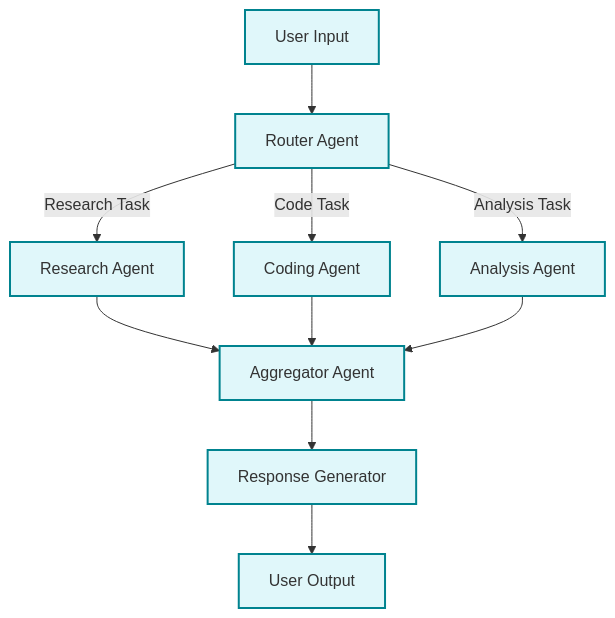
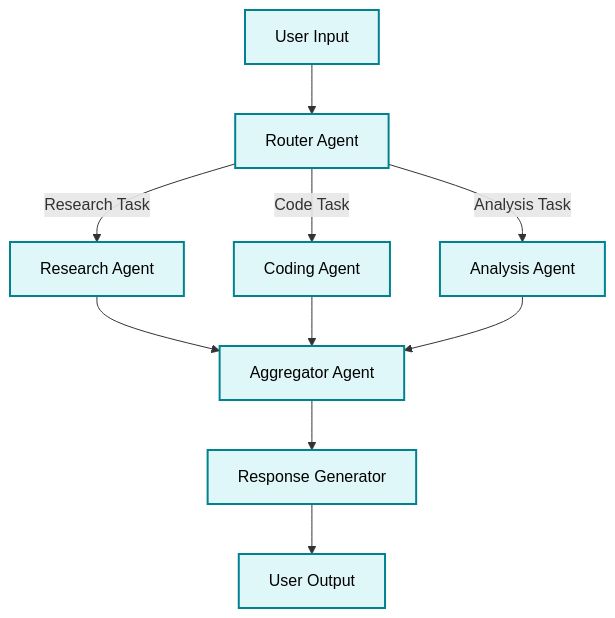
Before and after one commit to aitoroses/floxide: the ninth of 9 diagrams in README.md, drawn with Mermaid. The commit also changed other lines of this file, not shown here.

First line of the commit message:
🦀 Improve Mermaid Diagram Readability in README

````diff
--- a/README.md
+++ b/README.md
@@ -269,20 +269,20 @@
 ```mermaid
 graph TD
     A["User Input"] --> B["Router Agent"]
     B -->|Research Task| C["Research Agent"]
     B -->|Code Task| D["Coding Agent"]
     B -->|Analysis Task| E["Analysis Agent"]
     C --> F["Aggregator Agent"]
     D --> F
     E --> F
     F --> G["Response Generator"]
     G --> H["User Output"]
-    style A fill:#e0f7fa,stroke:#00838f,stroke-width:2px
-    style B fill:#e0f7fa,stroke:#00838f,stroke-width:2px
-    style C fill:#e0f7fa,stroke:#00838f,stroke-width:2px
-    style D fill:#e0f7fa,stroke:#00838f,stroke-width:2px
-    style E fill:#e0f7fa,stroke:#00838f,stroke-width:2px
-    style F fill:#e0f7fa,stroke:#00838f,stroke-width:2px
-    style G fill:#e0f7fa,stroke:#00838f,stroke-width:2px
-    style H fill:#e0f7fa,stroke:#00838f,stroke-width:2px
+    style A fill:#e0f7fa,stroke:#00838f,stroke-width:2px,color:black
+    style B fill:#e0f7fa,stroke:#00838f,stroke-width:2px,color:black
+    style C fill:#e0f7fa,stroke:#00838f,stroke-width:2px,color:black
+    style D fill:#e0f7fa,stroke:#00838f,stroke-width:2px,color:black
+    style E fill:#e0f7fa,stroke:#00838f,stroke-width:2px,color:black
+    style F fill:#e0f7fa,stroke:#00838f,stroke-width:2px,color:black
+    style G fill:#e0f7fa,stroke:#00838f,stroke-width:2px,color:black
+    style H fill:#e0f7fa,stroke:#00838f,stroke-width:2px,color:black
 ```
````
